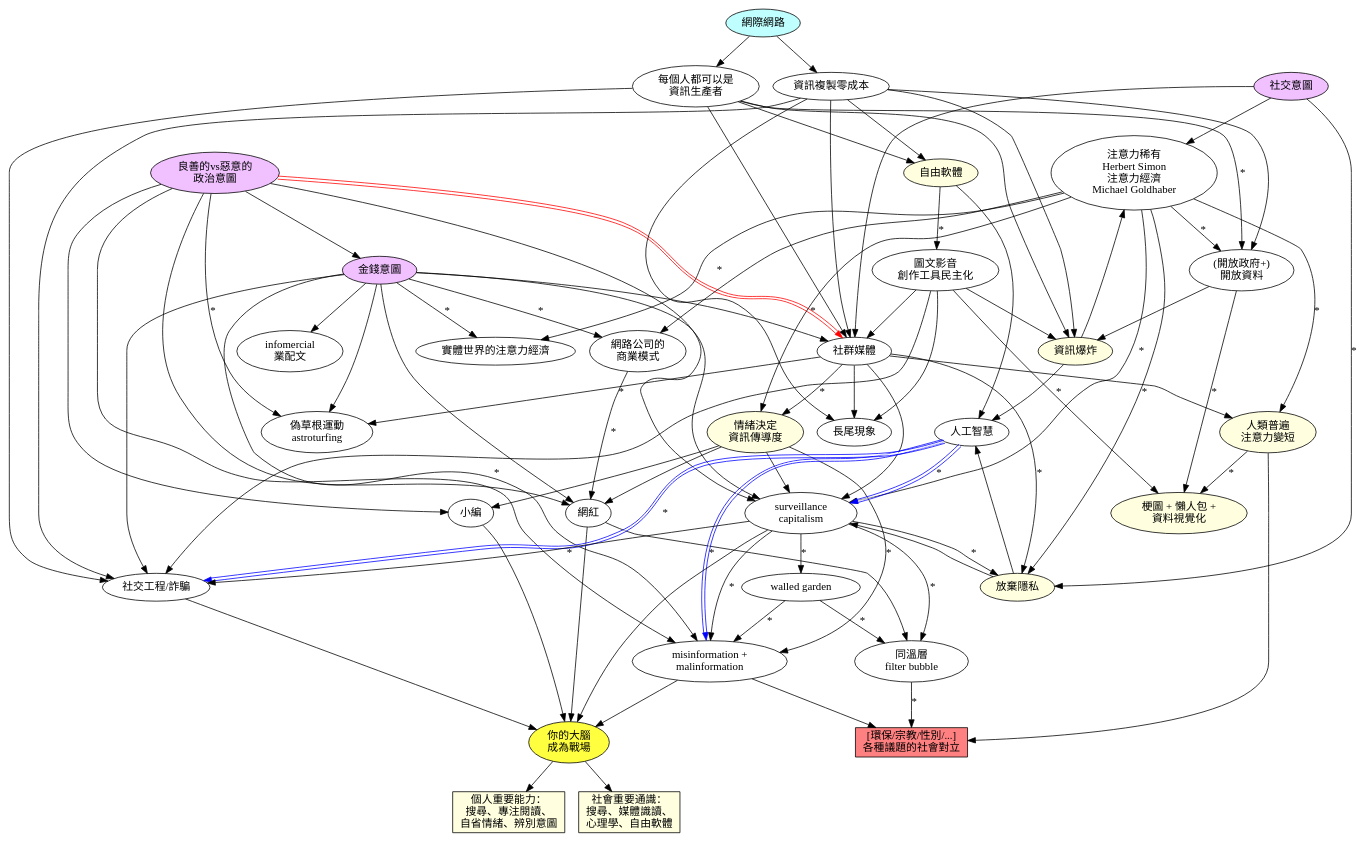
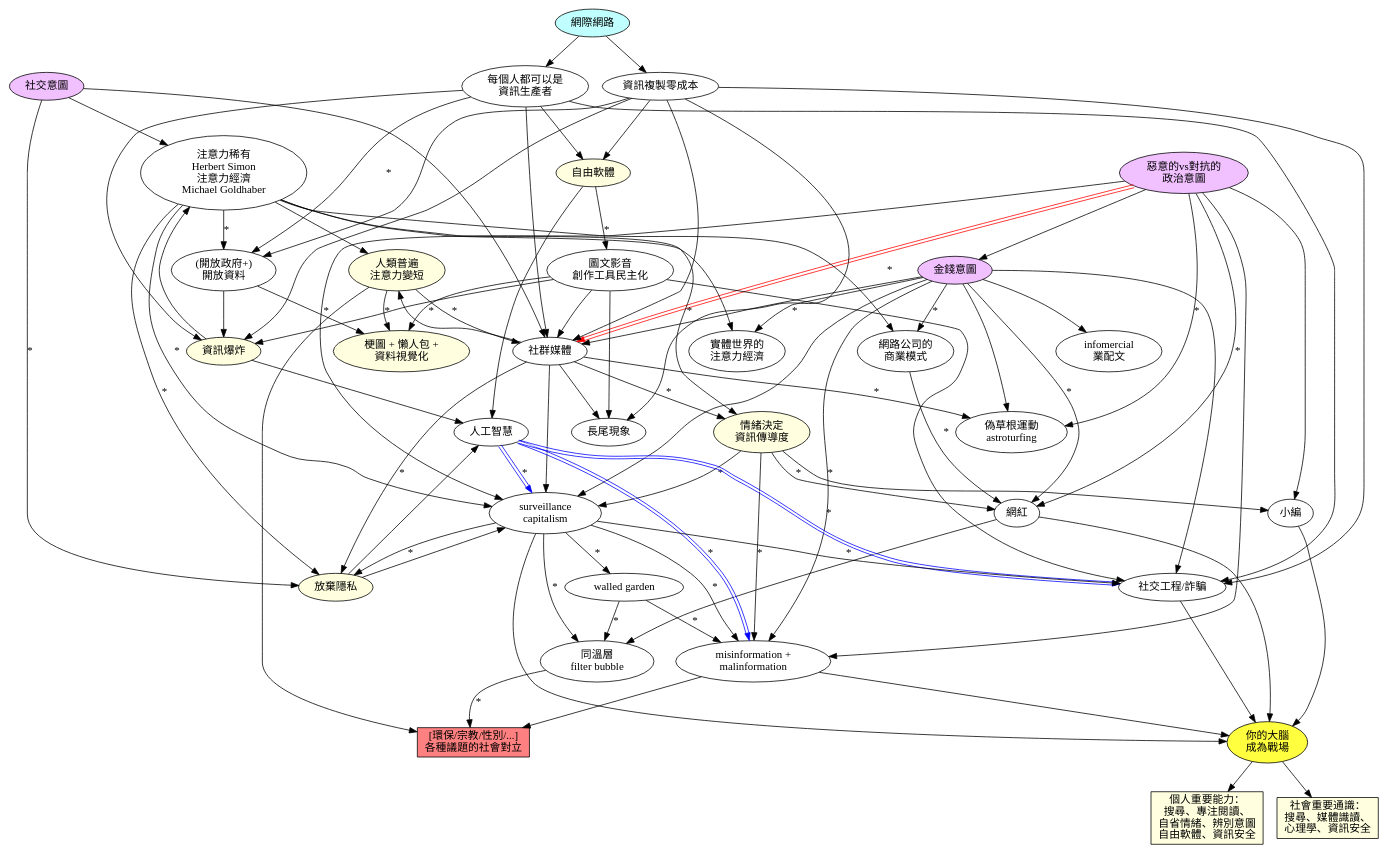
Before and after one commit to ckhung/ckhung.github.io: the diagram in a/m/23/war-on-brain.dot, drawn with Graphviz. The commit also changed 1 other file, not shown here.

```diff
--- a/a/m/23/war-on-brain.dot
+++ b/a/m/23/war-on-brain.dot
@@ -1,93 +1,97 @@
 digraph "頭腦爭霸戰" {
 
     rankdir = TB;
     overlap = scale;
 
     social_motivation [ label="社交意圖"; style=filled; fillcolor="#f0c0ff" ];
     monetary_motivation [ label="金錢意圖"; style=filled; fillcolor="#f0c0ff" ];
-    political_motivation [ label="良善的vs惡意的\n政治意圖"; style=filled; fillcolor="#f0c0ff" ];
+    political_motivation [ label="惡意的vs對抗的\n政治意圖"; style=filled; fillcolor="#f0c0ff" ];
     internet [ label="網際網路" style=filled; fillcolor="#c0ffff" ];
     copy_cost_0 [ label="資訊複製零成本" ];
     open_data [ label="(開放政府+)\n開放資料" ];
     everone_producer [ label="每個人都可以是\n資訊生產者" ];
     free_software [ label="自由軟體"; style=filled; fillcolor="#ffffe0" ];
     dem_prod_tool [ label="圖文影音\n創作工具民主化" ];
     info_explosion [ label="資訊爆炸"; style=filled; fillcolor="#ffffe0" ];
     attention_scarcity [ label="注意力稀有\nHerbert Simon\n注意力經濟\nMichael Goldhaber" ];
-    physical_ae [ label="實體世界的注意力經濟" ];
+    physical_ae [ label="實體世界的\n注意力經濟" ];
     social_media [ label="社群媒體" ];
     astroturfing [ label="偽草根運動\nastroturfing" ];
     emotion [ label="情緒決定\n資訊傳導度"; style=filled; fillcolor="#ffffe0" ];
     attention_span [ label="人類普遍\n注意力變短"; style=filled; fillcolor="#ffffe0" ];
     visualization [ label="梗圖 + 懶人包 +\n資料視覺化"; style=filled; fillcolor="#ffffe0" ];
     long_tail [ label="長尾現象" ];
     infomercial [ label="infomercial\n業配文" ];
     kol [ label="網紅" ];
     google_bm [ label="網路公司的\n商業模式" ];
     artificial_intelligence [ label="人工智慧" ];
     misinformation [ label="misinformation +\nmalinformation" ];
     giving_up_privacy [ label="放棄隱私"; style=filled; fillcolor="#ffffe0" ];
     filter_bubble [ label="同溫層\nfilter bubble" ];
     surveillance_capitalism [ label="surveillance\ncapitalism" ];
     walled_garden [ label="walled garden" ];
     social_engineering [ label="社交工程/詐騙" ];
     editor [ label="小編" ];
     your_brain [ label="你的大腦\n成為戰場"; style=filled; fillcolor="#ffff40" ];
     conflict [ shape=rectangle; label="[環保/宗教/性別/...]\n各種議題的社會對立"; style=filled; fillcolor="#ff8080"; ];
-    important_personal [ shape=rectangle; label="個人重要能力：\n搜尋、專注閱讀、\n自省情緒、辨別意圖"; style=filled; fillcolor="#ffffe0" ];
-    important_societal [ shape=rectangle; label="社會重要通識：\n搜尋、媒體識讀、\n心理學、自由軟體"; style=filled; fillcolor="#ffffe0" ];
+    important_personal [ shape=rectangle; label="個人重要能力：\n搜尋、專注閱讀、\n自省情緒、辨別意圖\n自由軟體、資訊安全"; style=filled; fillcolor="#ffffe0" ];
+    important_societal [ shape=rectangle; label="社會重要通識：\n搜尋、媒體識讀、\n心理學、資訊安全"; style=filled; fillcolor="#ffffe0" ];
 
     # # # # # # # # # # # # # # # # # # # # 
 
     internet -> { copy_cost_0 everone_producer } -> free_software;
-    free_software -> dem_prod_tool [ label="*"; labeltooltip="inkscape\ngimp\naudacity" ];
+    free_software -> dem_prod_tool [ label="*"; labeltooltip="inkscape\ngimp\naudacity\n價格競爭" ];
     { everone_producer copy_cost_0 dem_prod_tool } -> { info_explosion social_engineering };
     { social_motivation info_explosion } -> attention_scarcity;
     { social_motivation dem_prod_tool everone_producer copy_cost_0 } -> social_media;
     political_motivation -> social_media [ color="#ff0000:white:#ff0000"; label="*"; labeltooltip="言論管制、\n集權國家" ];
     { dem_prod_tool copy_cost_0 social_media } -> long_tail;
     monetary_motivation -> physical_ae [ label="*"; labeltooltip="四川航空 免費巴士\ndigital license plate ads" ];
     attention_scarcity -> physical_ae;
     attention_scarcity -> giving_up_privacy [ label="*"; labeltooltip="selfie" ];
     attention_scarcity -> emotion [ label="*"; labeltooltip="下標題技巧" ];
     attention_scarcity -> open_data [ label="*"; labeltooltip="創用CC" ];
-    attention_scarcity -> attention_span [ label="*"; labeltooltip="blog=>twitter\nyoutube=>抖音" ];
+    attention_scarcity -> attention_span;
     social_media -> attention_span;
-    social_media -> giving_up_privacy [ label="*"; labeltooltip="venmo\nthisisyourdigitallife\n300個讚\n元宇宙頭盔" ];
-    social_media -> emotion [ label="*"; labeltooltip="一個怒值五個讚" ];
+    attention_span -> social_media [ label="*"; labeltooltip="blog=>twitter\nyoutube=>抖音" ];
+    social_media -> giving_up_privacy [ label="*"; labeltooltip="venmo\nthisisyourdigitallife\n300個讚\n元宇宙頭盔\n网络安全法第二十八条\ntiktok 追蹤鍵盤" ];
+    social_media -> emotion [ label="*"; labeltooltip="回想個人經驗" ];
     everone_producer -> open_data [ label="*"; labeltooltip="維基百科\n開放街圖" ];
     copy_cost_0 -> open_data -> info_explosion;
     open_data -> visualization [ label="*"; labeltooltip="Hans Rosling\nOWID" ];
     dem_prod_tool -> visualization [ label="*"; labeltooltip="metabase\ngrafana\nplotly\ngnuplot\nscatplot" ];
     attention_span -> visualization [ label="*"; labeltooltip="infographics" ];
     social_motivation -> giving_up_privacy [ label="*"; labeltooltip="FOMO\nzenly"; ];
     { free_software info_explosion giving_up_privacy } -> artificial_intelligence;
     { monetary_motivation social_media giving_up_privacy } -> surveillance_capitalism;
     attention_scarcity -> surveillance_capitalism [ label="*"; labeltooltip="targeted advertisement"; ];
     kol -> filter_bubble;
     surveillance_capitalism -> filter_bubble [ label="*"; labeltooltip="你也會喜歡\n劍橋分析" ];
     { attention_span misinformation } -> conflict;
     filter_bubble -> conflict [ label="*"; labeltooltip="fan wars" ];
     surveillance_capitalism -> giving_up_privacy [ label="*"; labeltooltip="誘勸改用app\napp內建瀏覽器\n臉書打亂網址" ];
     surveillance_capitalism -> walled_garden [ label="*"; labeltooltip="臉書登入才能讀\nlineline voom？\n抖音？\nbilibili？" ];
     surveillance_capitalism -> social_engineering [ label="*"; labeltooltip="黑市個資" ];
     surveillance_capitalism -> misinformation [ label="*"; labeltooltip="劍橋分析" ];
     walled_garden -> misinformation [ label="*"; labeltooltip="臉書禁備份\nline 群組\nline 內建瀏覽器不能搜尋\nline voom？" ];
     walled_garden -> filter_bubble [ label="*"; labeltooltip="line 群組\nline 內建瀏覽器不能搜尋" ];
     political_motivation -> monetary_motivation;
     monetary_motivation -> { social_media social_engineering infomercial astroturfing };
     attention_scarcity -> google_bm;
     monetary_motivation ->  google_bm [ label="*"; labeltooltip="google\nyoutube\n臉書" ];
     google_bm -> kol [ label="*"; labeltooltip="抖內\n工商服務\n拍賣直播" ];
-    social_media -> astroturfing [ label="*"; labeltooltip="we sell likes" ];
+    social_media -> astroturfing [ label="*"; labeltooltip="we sell likes\n監獄網評員\ntwitter INFO OPs archive" ];
     political_motivation -> astroturfing [ label="*"; labeltooltip="蜂蜜檸檬韓粉美國\n" ];
     monetary_motivation -> misinformation [ label="*"; labeltooltip="馬其頓 假新聞\n真相製造機" ];
-    political_motivation -> { kol editor misinformation surveillance_capitalism };
-    monetary_motivation -> kol;
-    emotion -> { kol editor surveillance_capitalism };
+    political_motivation -> { editor misinformation surveillance_capitalism };
+    political_motivation -> kol [ label="*"; labeltooltip="解放軍南部戰區 對台自媒體及輿論分隊\n大翻譯運動" ];
+    monetary_motivation -> kol [ label="*"; labeltooltip="most super chatted on youtube" ];
+    emotion -> editor;
+    emotion -> surveillance_capitalism [ label="*"; labeltooltip="一個怒值五個讚" ];
+    emotion -> kol [ label="*"; labeltooltip="蔡阿嘎、鼻妹、視網膜\n波特王、斯坦\n朱學恒、館長\nYuri Bezmenov" ];
     emotion -> misinformation [ label="*"; labeltooltip="盜版/山寨/仿冒\n\npredatory journal?\n很多孩子走了\n近二週致死率全球第三高\n只改一個字的「引導腦補」認知戰\n側翼" ];
     artificial_intelligence -> surveillance_capitalism [color="#0000ff:white:#0000ff"; label="*"; labeltooltip="劍橋分析 2.0" ];
     artificial_intelligence -> social_engineering [color="#0000ff:white:#0000ff"; label="*"; labeltooltip="deepfake" ];
     artificial_intelligence -> misinformation [color="#0000ff:white:#0000ff"; label="*"; labeltooltip="deepfake\n劍橋分析 2.0" ];
     { kol editor misinformation surveillance_capitalism social_engineering } -> your_brain -> { important_personal important_societal }
 }
```
